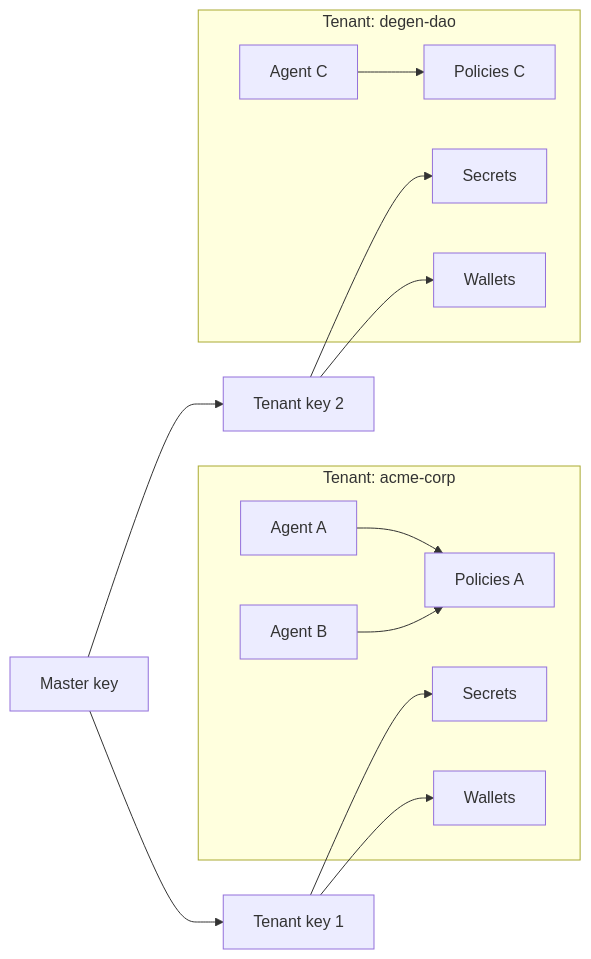
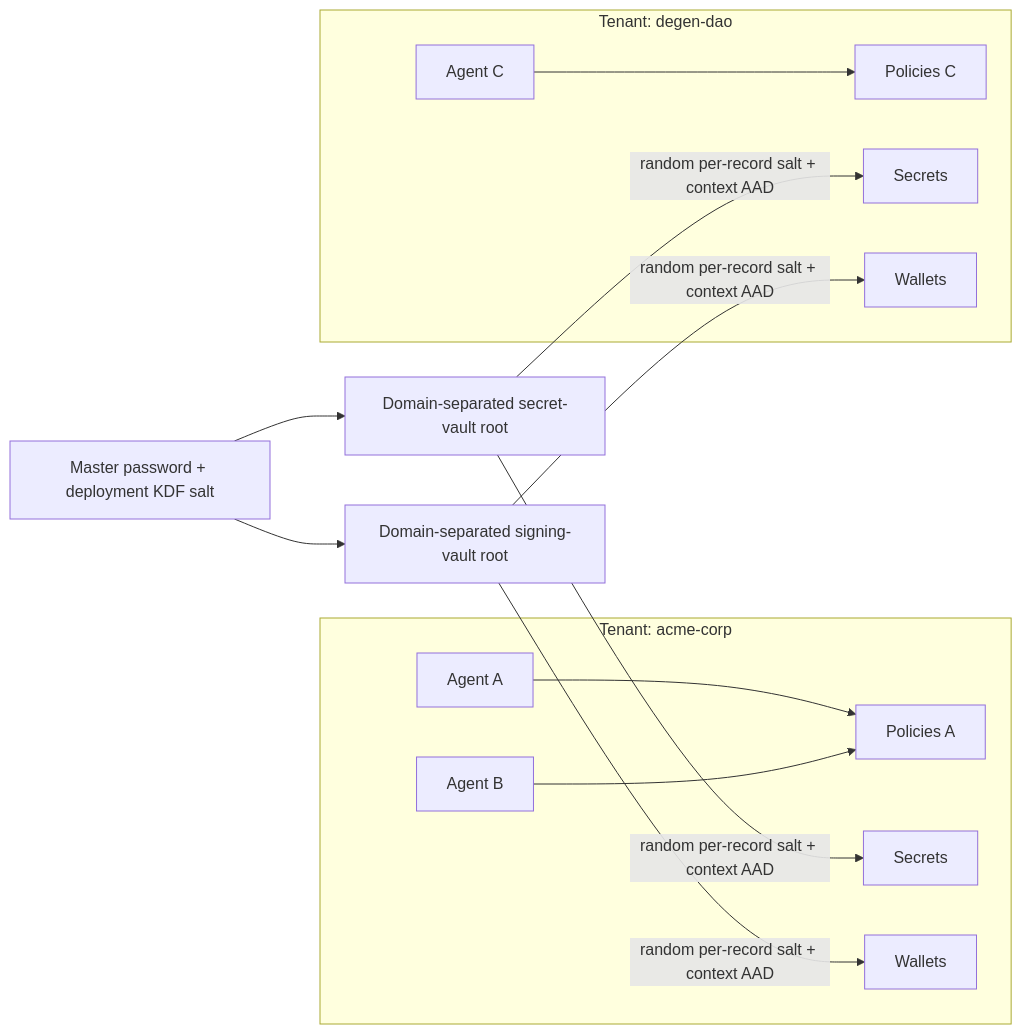
The fifth of 5 diagrams in docs/concepts/architecture.mdx (Steward-Fi/steward), drawn with Mermaid before and after one commit. The commit also changed other lines of this file and 2 other files, not shown here.

Commit message:
docs(security): correct RLS and vault boundaries

````diff
--- a/docs/concepts/architecture.mdx
+++ b/docs/concepts/architecture.mdx
@@ -153,22 +153,22 @@
 ```mermaid
 flowchart LR
     subgraph T1["Tenant: acme-corp"]
         A1["Agent A"] --> P1["Policies A"]
         A2["Agent B"] --> P1
         S1["Secrets"]
         W1["Wallets"]
     end
 
     subgraph T2["Tenant: degen-dao"]
         A3["Agent C"] --> P2["Policies C"]
         S2["Secrets"]
         W2["Wallets"]
     end
 
-    MK["Master key"] --> TK1["Tenant key 1"]
-    MK --> TK2["Tenant key 2"]
-    TK1 --> S1
-    TK1 --> W1
-    TK2 --> S2
-    TK2 --> W2
+    MP["Master password + deployment KDF salt"] --> SR["Domain-separated secret-vault root"]
+    MP --> WR["Domain-separated signing-vault root"]
+    SR -->|"random per-record salt + context AAD"| S1
+    SR -->|"random per-record salt + context AAD"| S2
+    WR -->|"random per-record salt + context AAD"| W1
+    WR -->|"random per-record salt + context AAD"| W2
 ```
````
